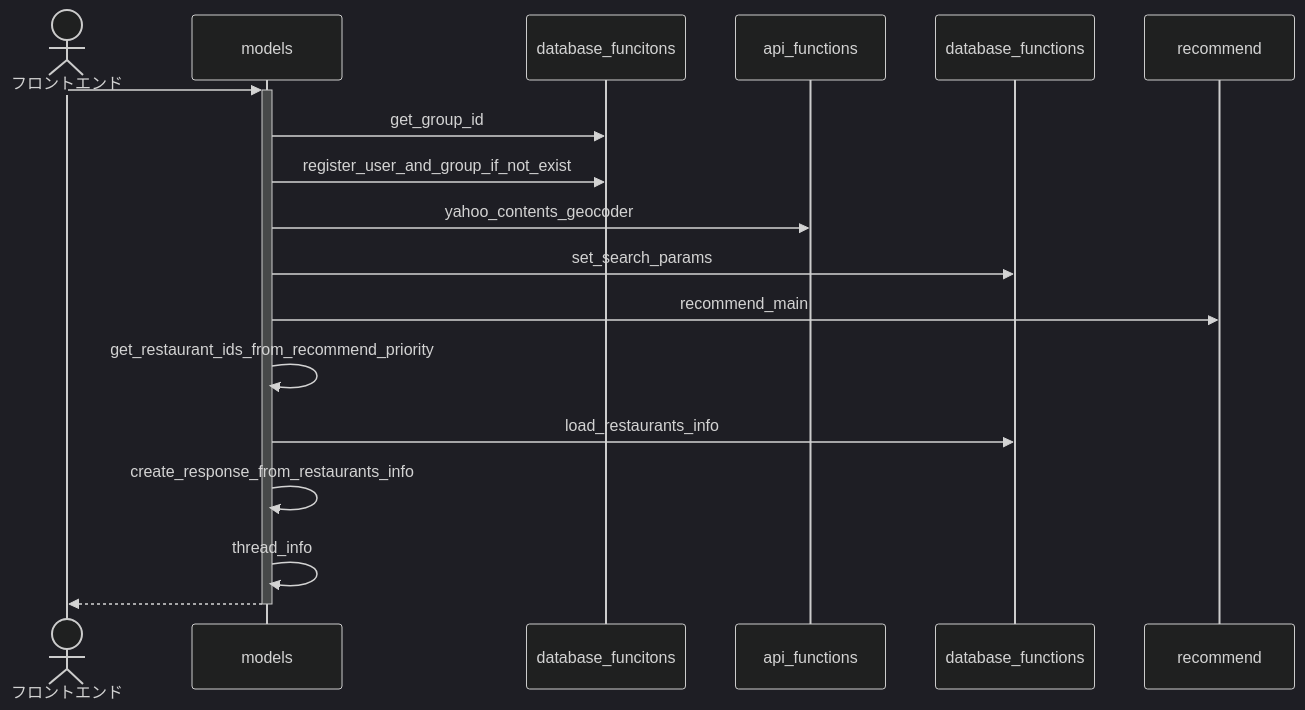
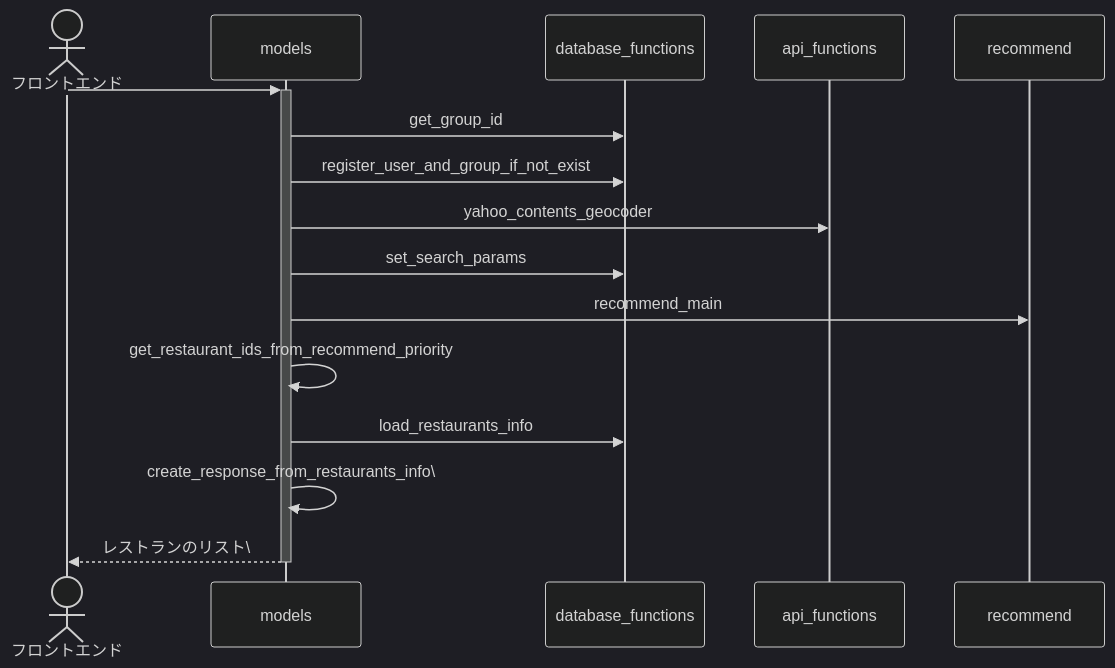
One commit to seal-git/22zemi changed the third of 6 diagrams in python-flask/SequenceDiagram.md. Above: the diagram before and after it, drawn with Mermaid (dark theme). The commit also changed other lines of this file and 1 other file, not shown here.

Commit message:
sequence diagram

````diff
--- a/python-flask/SequenceDiagram.md
+++ b/python-flask/SequenceDiagram.md
@@ -27,16 +31,15 @@
 ```mermaid
 sequenceDiagram
     actor フロントエンド
     
     フロントエンド ->>+ models : 
-    models ->> database_funcitons : get_group_id
-    models ->> database_funcitons : register_user_and_group_if_not_exist
+    models ->> database_functions : get_group_id
+    models ->> database_functions : register_user_and_group_if_not_exist
     models ->> api_functions : yahoo_contents_geocoder
     models ->> database_functions : set_search_params
     models ->> recommend : recommend_main
     models ->> models : get_restaurant_ids_from_recommend_priority
     models ->> database_functions : load_restaurants_info
-    models ->> models : create_response_from_restaurants_info
-    models ->> models : thread_info
-    models -->>- フロントエンド : 
+    models ->> models : create_response_from_restaurants_info\
+    models -->>- フロントエンド : レストランのリスト\
 ```
````
